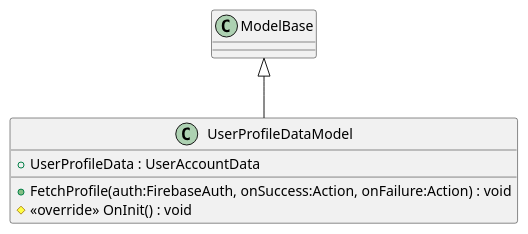
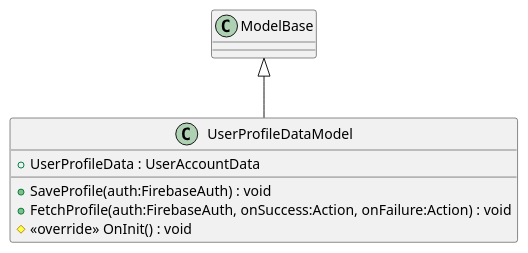
One commit to cutehusky/VirtualChat3D changed the diagram in src/Assets/Scripts/Core/UserAccountModule/puml/Model/UserProfileDataModel.puml. Above: the diagram before and after it, drawn with PlantUML. The commit also changed 17 other files, not shown here.

Commit message:
update readme and class diagram

```diff
--- a/src/Assets/Scripts/Core/UserAccountModule/puml/Model/UserProfileDataModel.puml
+++ b/src/Assets/Scripts/Core/UserAccountModule/puml/Model/UserProfileDataModel.puml
@@ -1,8 +1,9 @@
 @startuml
 class UserProfileDataModel {
     + UserProfileData : UserAccountData
+    + SaveProfile(auth:FirebaseAuth) : void
     + FetchProfile(auth:FirebaseAuth, onSuccess:Action, onFailure:Action) : void
     # <<override>> OnInit() : void
 }
 ModelBase <|-- UserProfileDataModel
 @enduml
```
